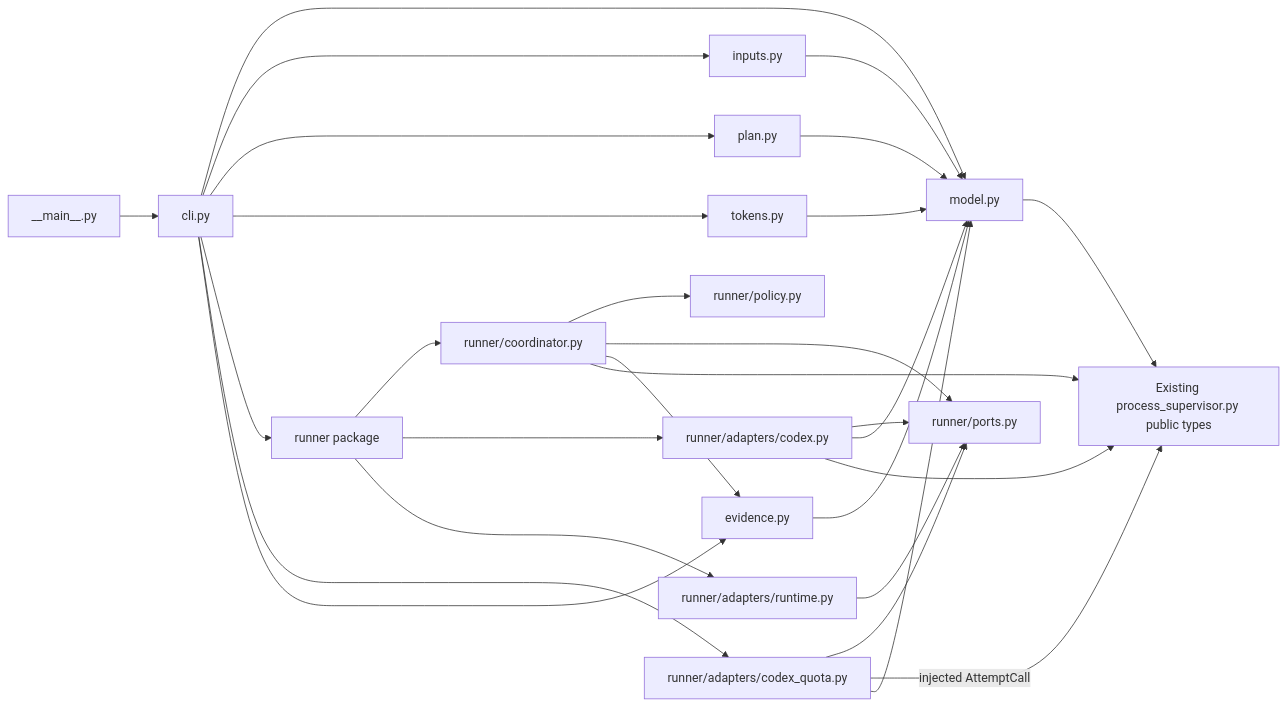
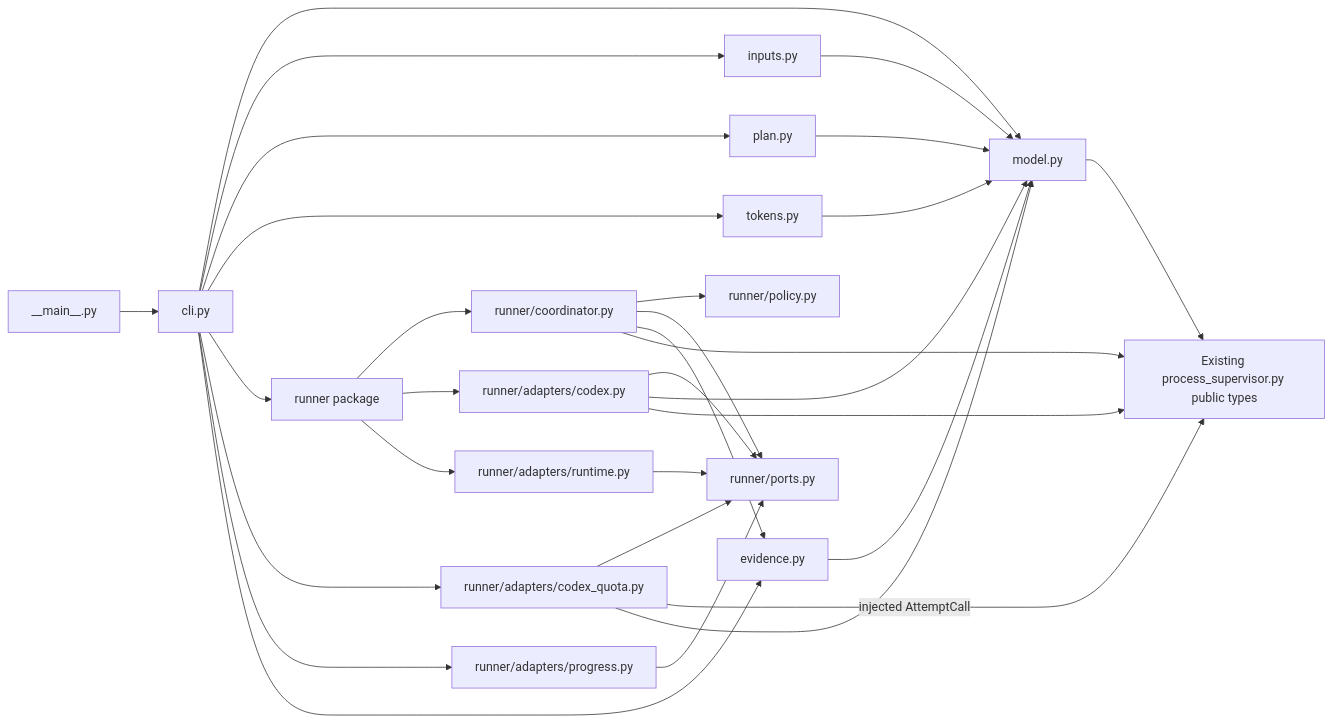
Before and after one commit to msitarz/ataraxia: the second of 2 diagrams in doc/feat/reviewer/engineering/evaluation/evaluation-harness/architecture.md, drawn with Mermaid. The commit also changed other lines of this file and 12 other files, not shown here.

````diff
--- a/doc/feat/reviewer/engineering/evaluation/evaluation-harness/architecture.md
+++ b/doc/feat/reviewer/engineering/evaluation/evaluation-harness/architecture.md
@@ -642,30 +744,32 @@
 ```mermaid
 flowchart LR
     CLI[cli.py] --> MODEL[model.py]
     CLI --> INPUTS[inputs.py]
     CLI --> PLAN[plan.py]
     CLI --> TOKENS[tokens.py]
     CLI --> RUNNER[runner package]
     CLI --> QUOTA[runner/adapters/codex_quota.py]
+    CLI --> PROGRESS_ADAPTER[runner/adapters/progress.py]
     CLI --> EVIDENCE[evidence.py]
     RUNNER --> COORD[runner/coordinator.py]
     RUNNER --> CODEX[runner/adapters/codex.py]
     RUNNER --> RUNTIME[runner/adapters/runtime.py]
     COORD --> POLICY[runner/policy.py]
     COORD --> PORTS[runner/ports.py]
     CODEX --> PORTS
     QUOTA --> PORTS
     RUNTIME --> PORTS
+    PROGRESS_ADAPTER --> PORTS
     QUOTA -->|injected AttemptCall| SUP[Existing process supervisor]
     CODEX --> MODEL
     QUOTA --> MODEL
     INPUTS --> MODEL
     PLAN --> MODEL
     TOKENS --> MODEL
     COORD --> EVIDENCE
     EVIDENCE --> MODEL
     MODEL --> SUP[Existing process_supervisor.py public types]
     COORD --> SUP
     CODEX --> SUP
     MAIN[__main__.py] --> CLI
 ```
````
